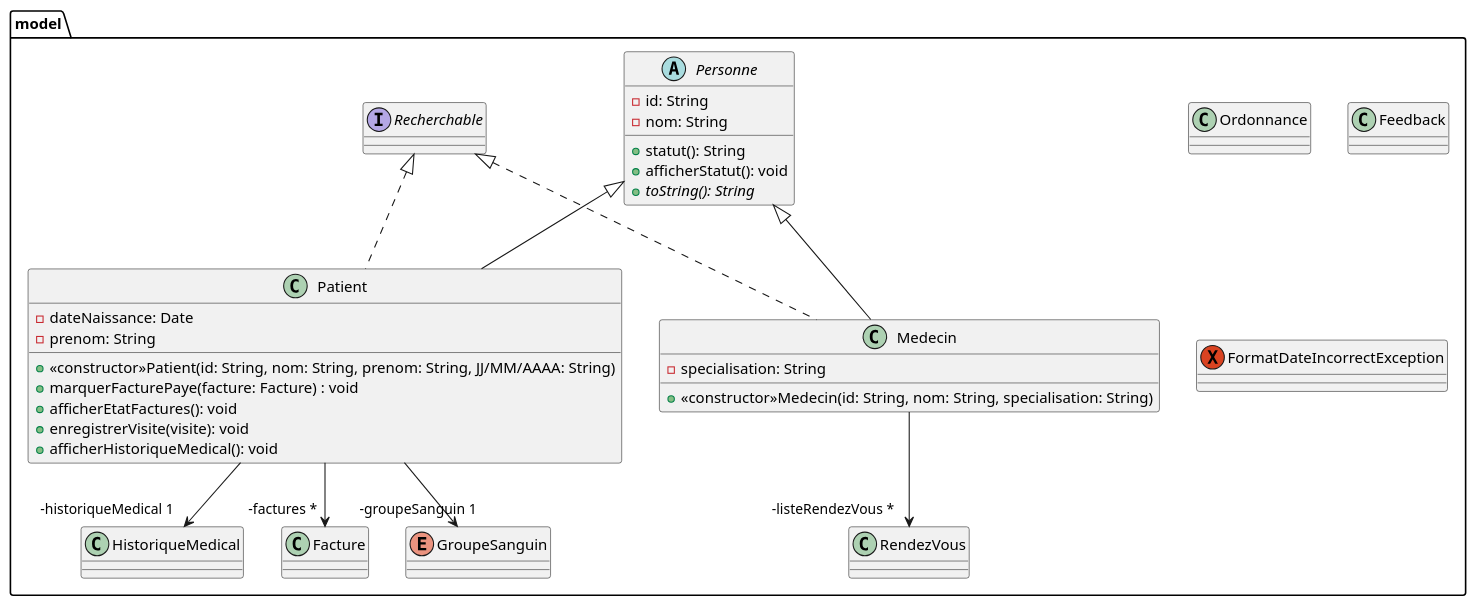
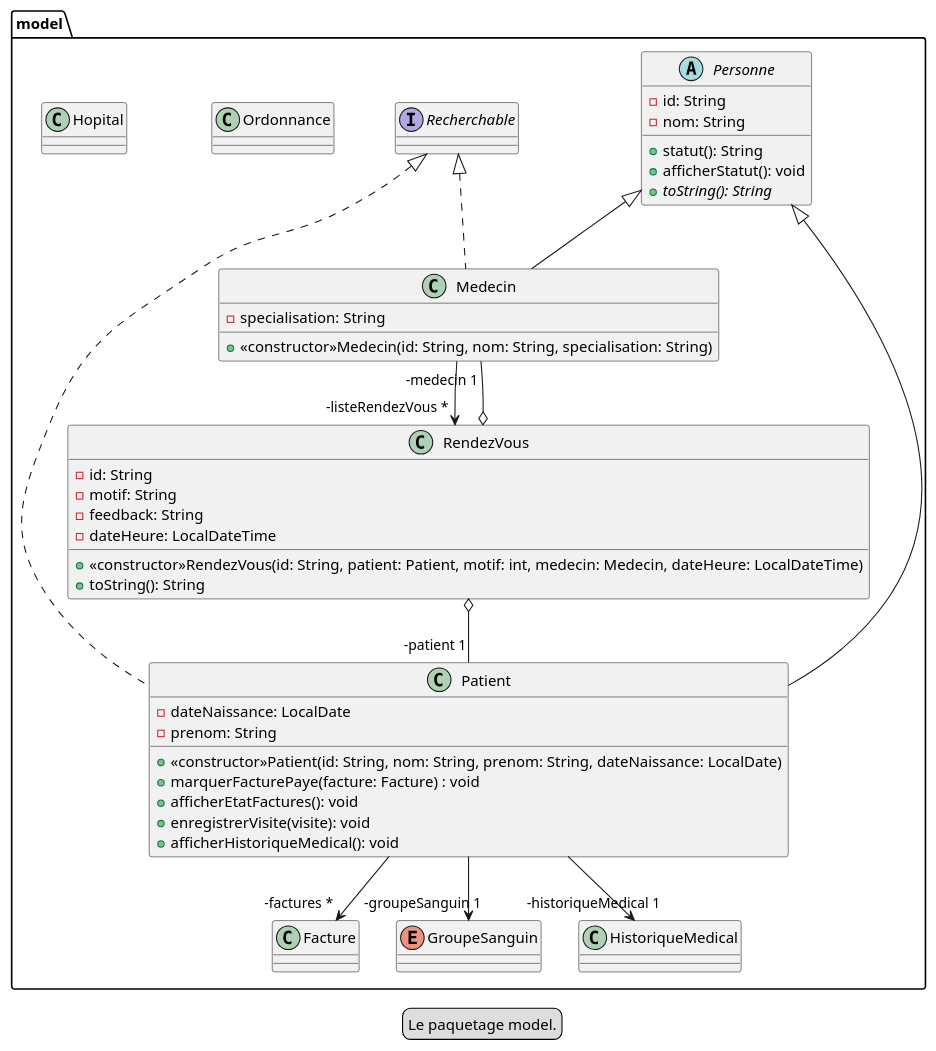
One commit to carlkolodziejski/hopital changed the diagram in plantuml/diagrammeModele.puml. Above: the diagram before and after it, drawn with PlantUML.

Commit message:
Remplissage de la classe RendezVous et mise à jour d'autres classes

```diff
--- a/plantuml/diagrammeModele.puml
+++ b/plantuml/diagrammeModele.puml
@@ -1,61 +1,70 @@
 @startuml
+
+legend Le paquetage model.
 
 package model {
 
     abstract class Personne {
         -id: String
         -nom: String
 
         +statut(): String
         +afficherStatut(): void
         +{abstract}toString(): String
     }
 
     class Patient extends Personne implements Recherchable {
-        -dateNaissance: Date
+        -dateNaissance: LocalDate
         -prenom: String
 
-        +<<constructor>>Patient(id: String, nom: String, prenom: String, JJ/MM/AAAA: String)
+        +<<constructor>>Patient(id: String, nom: String, prenom: String, dateNaissance: LocalDate)
         +marquerFacturePaye(facture: Facture) : void
         +afficherEtatFactures(): void
         +enregistrerVisite(visite): void
         +afficherHistoriqueMedical(): void
     }
 
 
     class Medecin extends Personne implements Recherchable {
         -specialisation: String
 
         +<<constructor>>Medecin(id: String, nom: String, specialisation: String)
     }
 
     class RendezVous {
+        -id: String
+        -motif: String
+        -feedback: String
+        -dateHeure: LocalDateTime
+
+        +<<constructor>>RendezVous(id: String, patient: Patient, motif: int, medecin: Medecin, dateHeure: LocalDateTime)
+        +toString(): String
     }
 
     class Ordonnance {
     }
 
     class Facture {
     }
 
-    class Feedback {
+    class Hopital {
     }
 
     interface Recherchable {
     }
 
     enum GroupeSanguin {
     }
 
-    exception FormatDateIncorrectException {
-    }
-
     Patient --> "-factures *" Facture
     Patient --> "-groupeSanguin 1" GroupeSanguin
     Patient --> "-historiqueMedical 1" HistoriqueMedical
 
     Medecin --> "-listeRendezVous *" RendezVous
 
+    RendezVous o-- "-medecin 1" Medecin
+    RendezVous o-- "-patient 1" Patient
+
 }
 
 @enduml
```
